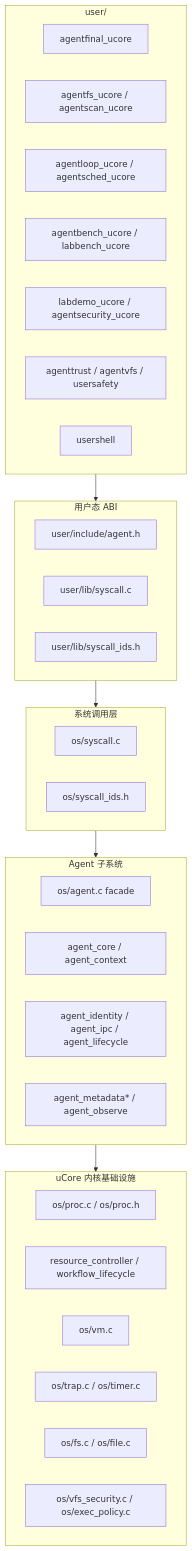
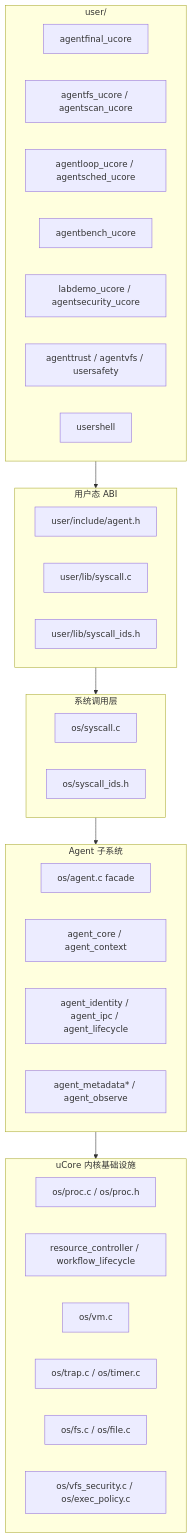
The second of 11 diagrams in docs/agentos/design.md (yushugulao/Agent-OS), drawn with Mermaid before and after one commit. The commit also changed other lines of this file and 155 other files, not shown here.

````diff
--- a/docs/agentos/design.md
+++ b/docs/agentos/design.md
@@ -123,36 +123,36 @@
 ```mermaid
 flowchart TB
     subgraph User["user/"]
         U1["agentfinal_ucore"]
         U2["agentfs_ucore / agentscan_ucore"]
         U3["agentloop_ucore / agentsched_ucore"]
-        U4["agentbench_ucore / labbench_ucore"]
+        U4["agentbench_ucore"]
         U5["labdemo_ucore / agentsecurity_ucore"]
         U6["agenttrust / agentvfs / usersafety"]
         U7["usershell"]
     end
     subgraph ABI["用户态 ABI"]
         A1["user/include/agent.h"]
         A2["user/lib/syscall.c"]
         A3["user/lib/syscall_ids.h"]
     end
     subgraph Sys["系统调用层"]
         S1["os/syscall.c"]
         S2["os/syscall_ids.h"]
     end
     subgraph Agent["Agent 子系统"]
         K0["os/agent.c facade"]
         K1["agent_core / agent_context"]
         K2["agent_identity / agent_ipc / agent_lifecycle"]
         K3["agent_metadata* / agent_observe"]
     end
     subgraph Kernel["uCore 内核基础设施"]
         P1["os/proc.c / os/proc.h"]
         R1["resource_controller / workflow_lifecycle"]
         V1["os/vm.c"]
         T1["os/trap.c / os/timer.c"]
         F1["os/fs.c / os/file.c"]
         V2["os/vfs_security.c / os/exec_policy.c"]
     end
     User --> ABI --> Sys --> Agent --> Kernel
 ```
````
